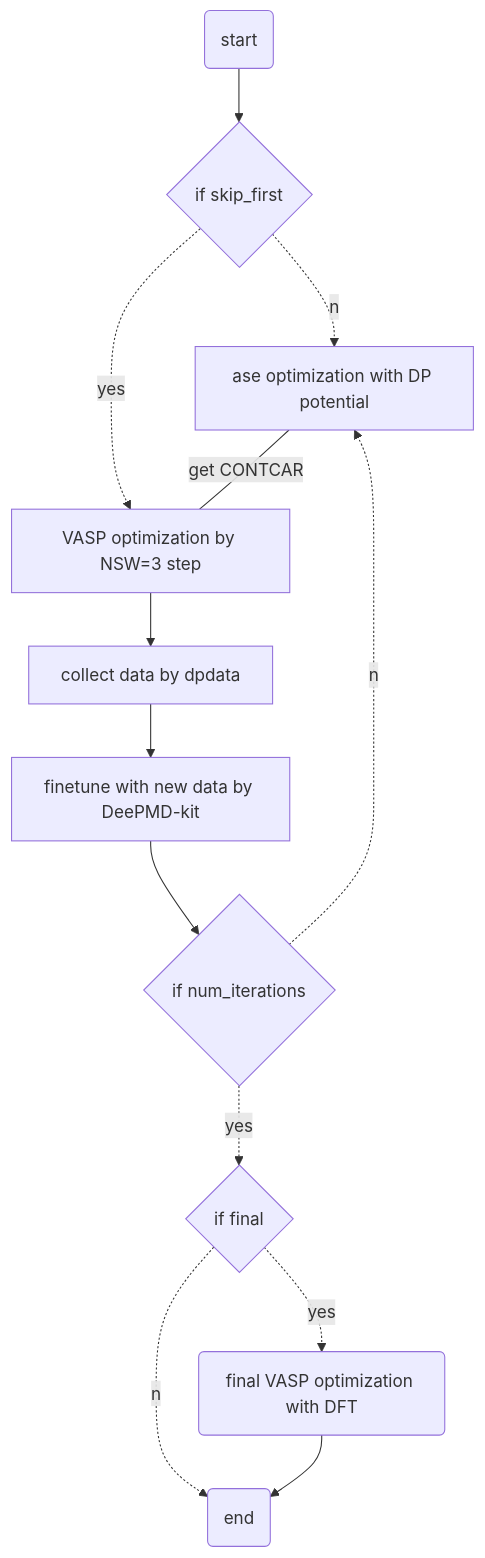
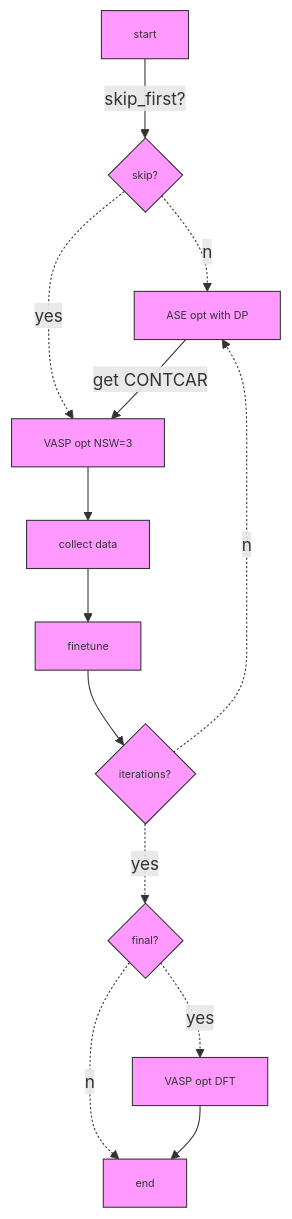
The first of 2 diagrams in postworkflow/README.md (lalaheihaihei/catalyticLAM), drawn with Mermaid before and after one commit. The commit also changed other lines of this file, not shown here.

Commit message:
tight mermaid

````diff
--- a/postworkflow/README.md
+++ b/postworkflow/README.md
@@ -96,15 +95,17 @@
 ```mermaid
-graph 
-A(start) --> X{if skip_first}
-X -.no.-> B[ase optimization with DP potential]
-X -.yes.-> C[VASP optimization by NSW=3 step]
-B --get CONTCAR--- C[VASP optimization by NSW=3 step]
-C  -->D[collect data by dpdata]
-D --> E[finetune with new data by DeePMD-kit]
-E --> F{if num_iterations}
-F -.yes.-> G{if final}
-F -.no.-> B
-G-.yes.-> H(final VASP optimization with DFT)
-G-.no.-> I(end)
+graph TD
+classDef compact fill:#f9f,stroke:#333,stroke-width:1px,font-size:10px;
+
+A[start]:::compact -->|skip_first?| X{skip?}:::compact
+X -.no.-> B[ASE opt with DP]:::compact
+X -.yes.-> C[VASP opt NSW=3]:::compact
+B -->|get CONTCAR| C:::compact
+C --> D[collect data]:::compact
+D --> E[finetune]:::compact
+E --> F{iterations?}:::compact
+F -.yes.-> G{final?}:::compact
+F -.no.-> B:::compact
+G -.yes.-> H[VASP opt DFT]:::compact
+G -.no.-> I[end]:::compact
 H --> I
 ```
````
